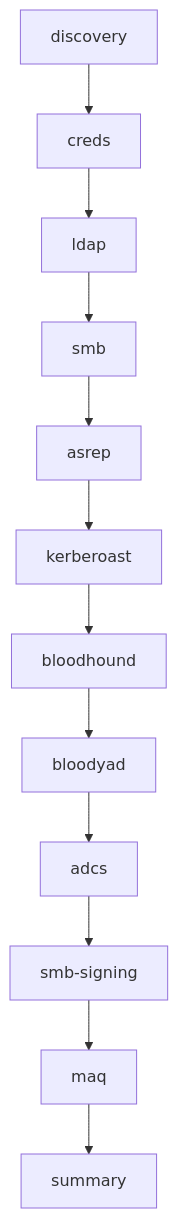
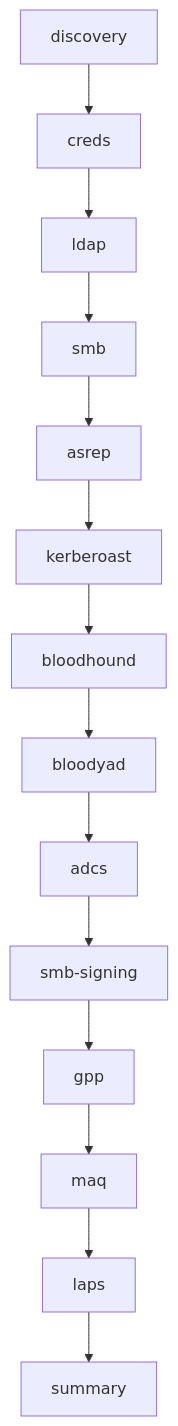
The diagram in docs/ADE.md (trewwwsec/ade), drawn with Mermaid before and after one commit. The commit also changed other lines of this file and 29 other files, not shown here.

First line of the commit message:
feat: add GPP password and LAPS readability checks

````diff
--- a/docs/ADE.md
+++ b/docs/ADE.md
@@ -69,14 +71,16 @@
 ```mermaid
 graph TD
     A[discovery] --> B[creds]
     B --> C[ldap]
     C --> D[smb]
     D --> E[asrep]
     E --> F[kerberoast]
     F --> G[bloodhound]
     G --> H[bloodyad]
     H --> I[adcs]
     I --> J[smb-signing]
-    J --> K[maq]
-    K --> L[summary]
+    J --> K[gpp]
+    K --> L[maq]
+    L --> M[laps]
+    M --> N[summary]
 ```
````
